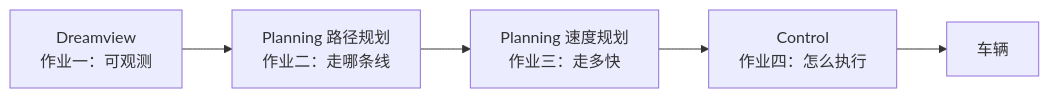
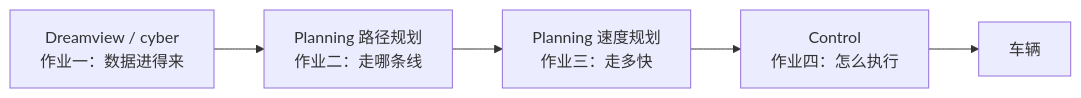
The ninth of 9 diagrams in src/content/lecture/zh-cn/Auto-Drive-Intro/index.md (MciG-ggg/mcig-ggg.github.io), drawn with Mermaid before and after one commit. The commit also changed other lines of this file and 88 other files, not shown here.

````diff
--- a/src/content/lecture/zh-cn/Auto-Drive-Intro/index.md
+++ b/src/content/lecture/zh-cn/Auto-Drive-Intro/index.md
@@ -620,7 +1010,7 @@
 ```mermaid
-graph LR
-    A["Dreamview<br/>作业一：可观测"] --> B["Planning 路径规划<br/>作业二：走哪条线"]
-    B --> C["Planning 速度规划<br/>作业三：走多快"]
-    C --> D["Control<br/>作业四：怎么执行"]
-    D --> E["车辆"]
+flowchart LR
+  A["Dreamview / cyber<br/>作业一：数据进得来"] --> B["Planning 路径规划<br/>作业二：走哪条线"]
+  B --> C["Planning 速度规划<br/>作业三：走多快"]
+  C --> D["Control<br/>作业四：怎么执行"]
+  D --> E["车辆"]
 ```
````
